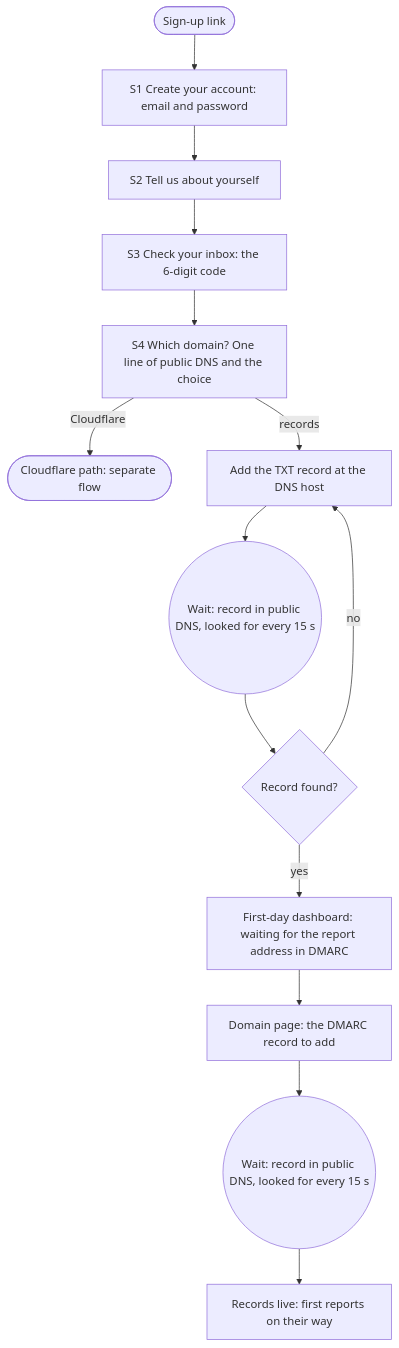
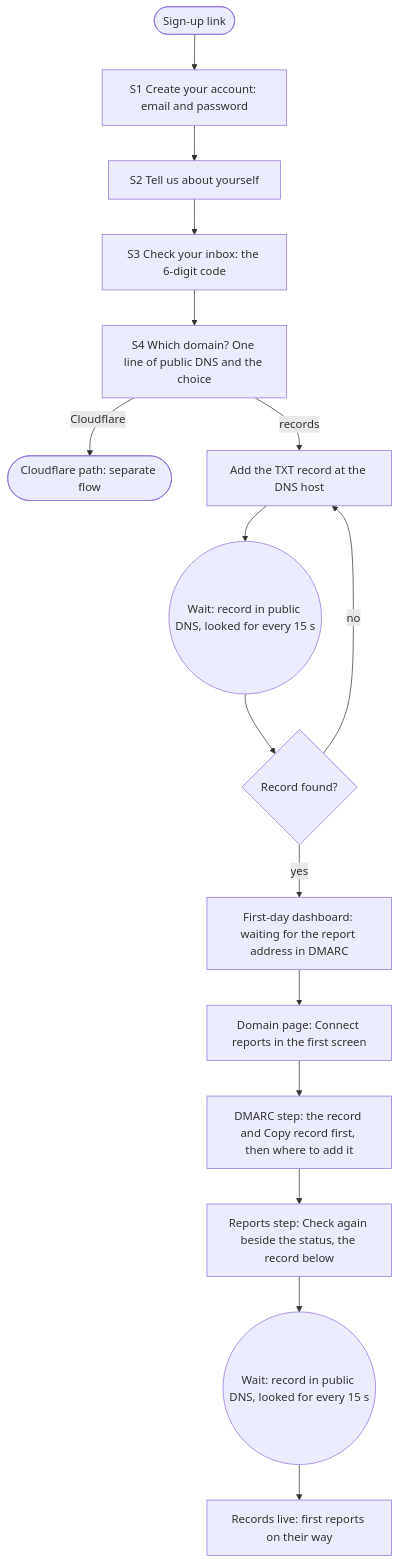
Before and after one commit to fellowship-dev/ready-set-mail: the diagram in .flowchad/flows/signup-to-records-live-manual.map.md, drawn with Mermaid. The commit also changed 3 other files, not shown here.

First line of the commit message:
Flows: the manual flow's tail (domain page, DMARC step, Reports step) as steps and map nodes; the connect-reports review names the shared change card

````diff
--- a/.flowchad/flows/signup-to-records-live-manual.map.md
+++ b/.flowchad/flows/signup-to-records-live-manual.map.md
@@ -7,16 +7,18 @@
 ```mermaid
 flowchart TD
   entry([Sign-up link]) --> s1[S1 Create your account: email and password]
   s1 --> s2[S2 Tell us about yourself]
   s2 --> s3[S3 Check your inbox: the 6-digit code]
   s3 --> s4[S4 Which domain? One line of public DNS and the choice]
   s4 -->|Cloudflare| cf([Cloudflare path: separate flow])
   s4 -->|records| claim[Add the TXT record at the DNS host]
   claim --> dns((Wait: record in public DNS, looked for every 15 s))
   dns --> found{Record found?}
   found -->|no| claim
   found -->|yes| d1[First-day dashboard: waiting for the report address in DMARC]
-  d1 --> dmarc[Domain page: the DMARC record to add]
-  dmarc --> dns2((Wait: record in public DNS, looked for every 15 s))
+  d1 --> page[Domain page: Connect reports in the first screen]
+  page --> dmarc[DMARC step: the record and Copy record first, then where to add it]
+  dmarc --> rep[Reports step: Check again beside the status, the record below]
+  rep --> dns2((Wait: record in public DNS, looked for every 15 s))
   dns2 --> live[Records live: first reports on their way]:::value
 ```
````
